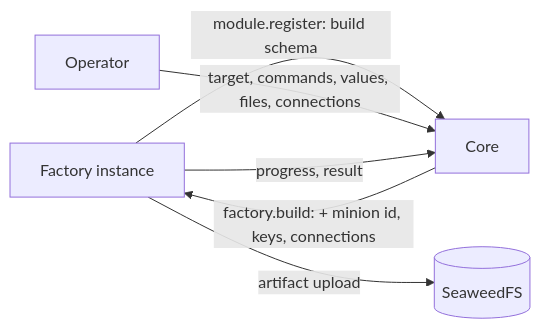
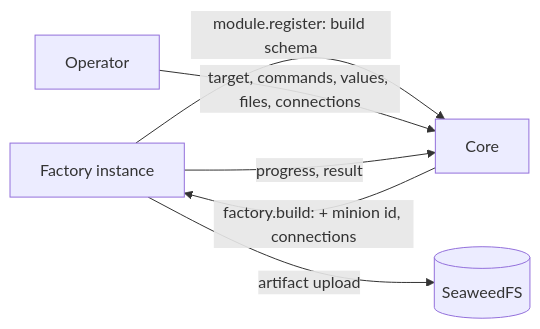
The first of 2 diagrams in src/content/docs/contracts/minion-build.md (LogosCore/logos-docs), drawn with Mermaid before and after one commit. The commit also changed other lines of this file and 2 other files, not shown here.

First line of the commit message:
Minion build as built, and writing a factory

````diff
--- a/src/content/docs/contracts/minion-build.md
+++ b/src/content/docs/contracts/minion-build.md
@@ -18,8 +22,8 @@
 ```mermaid
 flowchart LR
     F[Factory instance] -- "module.register: build schema" --> CORE[Core]
     OP[Operator] -- "target, commands, values, files, connections" --> CORE
-    CORE -- "factory.build: + minion id, keys, connections" --> F
+    CORE -- "factory.build: + minion id, connections" --> F
     F -- "progress, result" --> CORE
     F -- "artifact upload" --> S3[(SeaweedFS)]
 ```
````
